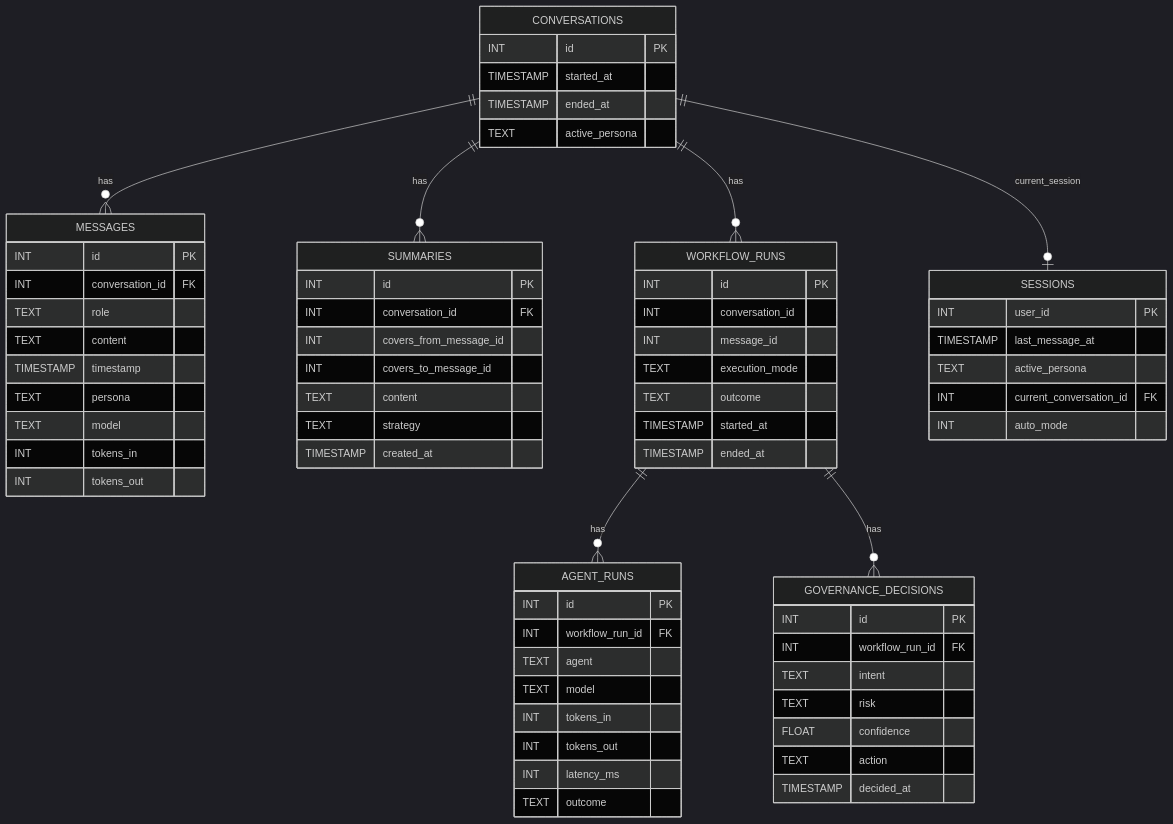
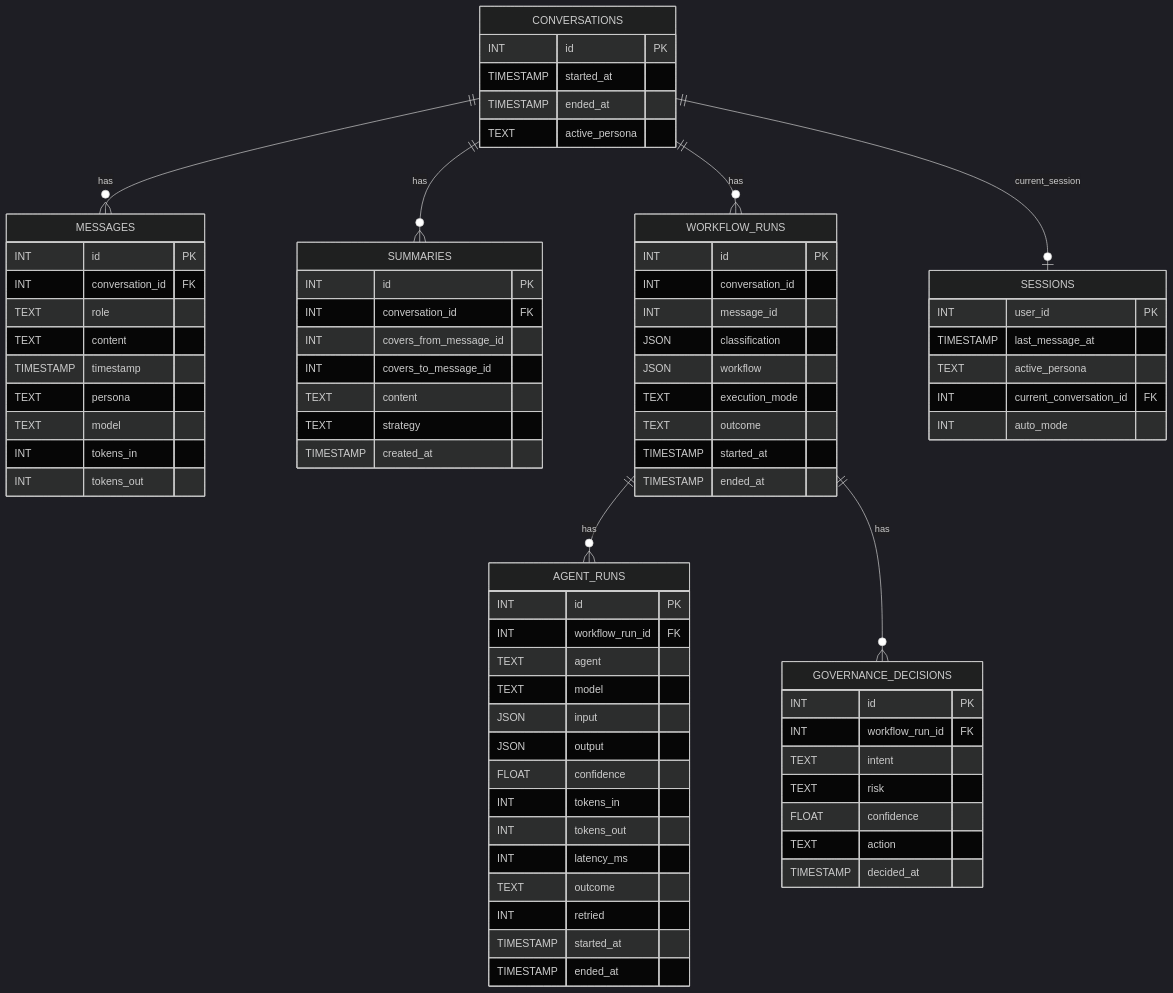
Before and after one commit to GTuritto/ubongo: the fourth of 7 diagrams in docs/system-architecture.md, drawn with Mermaid (dark theme). The commit also changed other lines of this file and 2 other files, not shown here.

````diff
--- a/docs/system-architecture.md
+++ b/docs/system-architecture.md
@@ -121,71 +141,79 @@
 ```mermaid
 erDiagram
     CONVERSATIONS ||--o{ MESSAGES : has
     CONVERSATIONS ||--o{ SUMMARIES : has
     CONVERSATIONS ||--o{ WORKFLOW_RUNS : has
     WORKFLOW_RUNS ||--o{ AGENT_RUNS : has
     WORKFLOW_RUNS ||--o{ GOVERNANCE_DECISIONS : has
     CONVERSATIONS ||--o| SESSIONS : current_session
 
     CONVERSATIONS {
         INT id PK
         TIMESTAMP started_at
         TIMESTAMP ended_at
         TEXT active_persona
     }
     MESSAGES {
         INT id PK
         INT conversation_id FK
         TEXT role
         TEXT content
         TIMESTAMP timestamp
         TEXT persona
         TEXT model
         INT tokens_in
         INT tokens_out
     }
     SUMMARIES {
         INT id PK
         INT conversation_id FK
         INT covers_from_message_id
         INT covers_to_message_id
         TEXT content
         TEXT strategy
         TIMESTAMP created_at
     }
     WORKFLOW_RUNS {
         INT id PK
         INT conversation_id
         INT message_id
+        JSON classification
+        JSON workflow
         TEXT execution_mode
         TEXT outcome
         TIMESTAMP started_at
         TIMESTAMP ended_at
     }
     AGENT_RUNS {
         INT id PK
         INT workflow_run_id FK
         TEXT agent
         TEXT model
+        JSON input
+        JSON output
+        FLOAT confidence
         INT tokens_in
         INT tokens_out
         INT latency_ms
         TEXT outcome
+        INT retried
+        TIMESTAMP started_at
+        TIMESTAMP ended_at
     }
     GOVERNANCE_DECISIONS {
         INT id PK
         INT workflow_run_id FK
         TEXT intent
         TEXT risk
         FLOAT confidence
         TEXT action
         TIMESTAMP decided_at
     }
     SESSIONS {
         INT user_id PK
         TIMESTAMP last_message_at
         TEXT active_persona
         INT current_conversation_id FK
         INT auto_mode
     }
 ```
````
